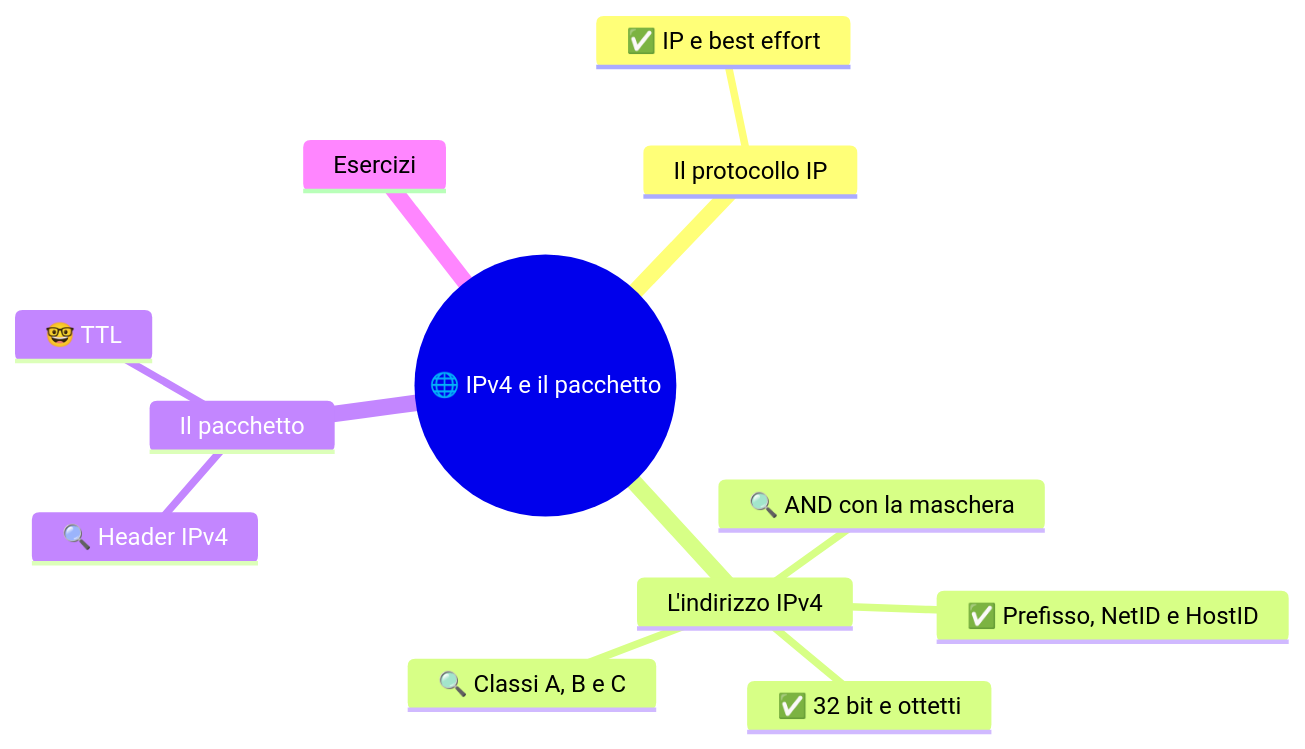
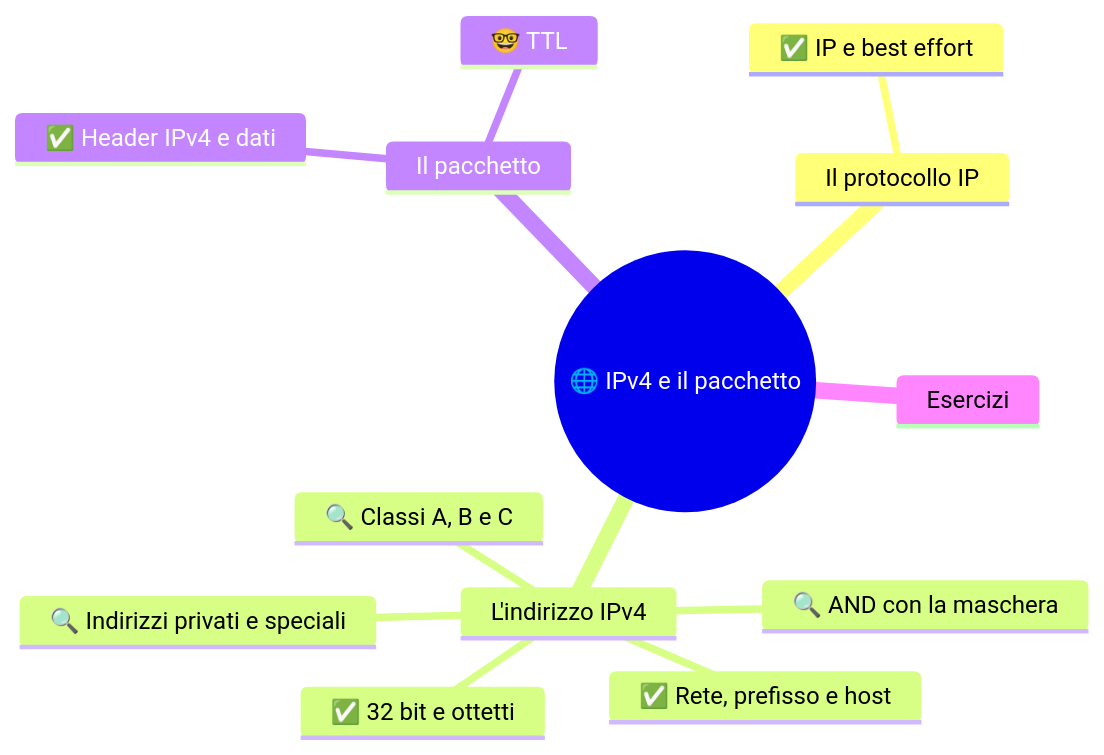
The first of 2 diagrams in 4DI - Sistemi e Reti/1 SETT-OTT/(STU) 4DI sett-ott S3 - IPv4 e il pacchetto.md (Neeqstock/dispense-caramuel), drawn with Mermaid before and after one commit. The commit also changed other lines of this file and 72 other files, not shown here.

````diff
--- a/4DI - Sistemi e Reti/1 SETT-OTT/(STU) 4DI sett-ott S3 - IPv4 e il pacchetto.md
+++ b/4DI - Sistemi e Reti/1 SETT-OTT/(STU) 4DI sett-ott S3 - IPv4 e il pacchetto.md
@@ -15,15 +12,16 @@
 ```mermaid
 mindmap
   root((🌐 IPv4 e il pacchetto))
     Il protocollo IP
       ✅ IP e best effort
     L'indirizzo IPv4
       ✅ 32 bit e ottetti
-      ✅ Prefisso, NetID e HostID
+      ✅ Rete, prefisso e host
       🔍 AND con la maschera
+      🔍 Indirizzi privati e speciali
       🔍 Classi A, B e C
     Il pacchetto
-      🔍 Header IPv4
+      ✅ Header IPv4 e dati
       🤓 TTL
     Esercizi
 ```
````
